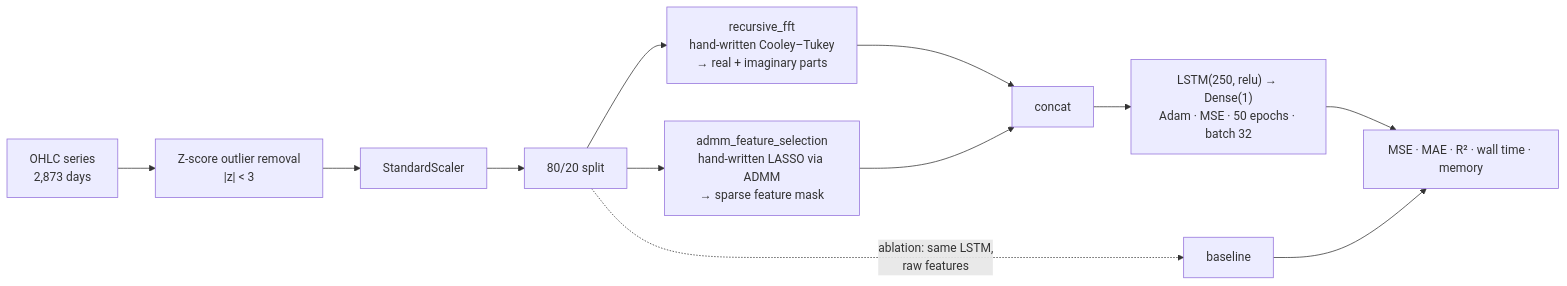
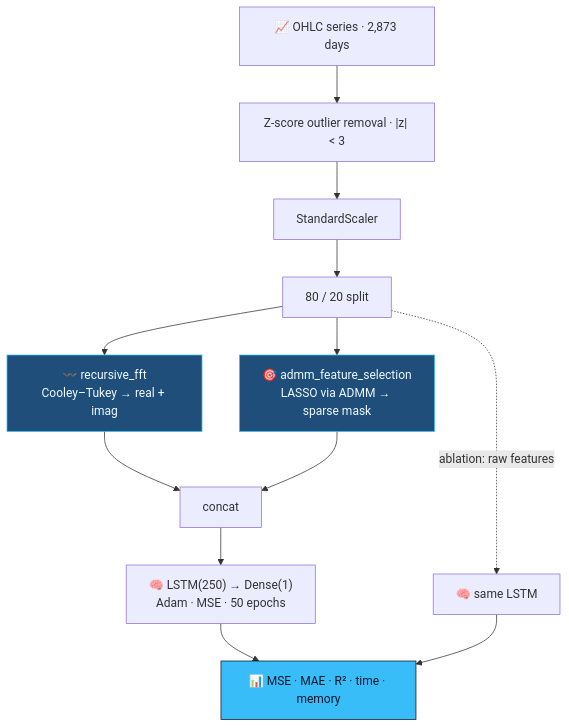
One commit to Vishal-AS-0407/portfolio changed the diagram in gh-readmes/Hybrid-Time-Series-FrameWork/README.md. Above: the diagram before and after it, drawn with Mermaid. The commit also changed other lines of this file and 62 other files, not shown here.

````diff
--- a/gh-readmes/Hybrid-Time-Series-FrameWork/README.md
+++ b/gh-readmes/Hybrid-Time-Series-FrameWork/README.md
@@ -33,14 +45,17 @@
 ```mermaid
-flowchart LR
-    D["OHLC series<br/>2,873 days"] --> OUT["Z-score outlier removal<br/>|z| < 3"]
+flowchart TD
+    D["📈 OHLC series · 2,873 days"] --> OUT["Z-score outlier removal · |z| < 3"]
     OUT --> SC["StandardScaler"]
-    SC --> SPLIT["80/20 split"]
-    SPLIT --> FFT["recursive_fft<br/>hand-written Cooley–Tukey<br/>→ real + imaginary parts"]
-    SPLIT --> ADMM["admm_feature_selection<br/>hand-written LASSO via ADMM<br/>→ sparse feature mask"]
+    SC --> SPLIT["80 / 20 split"]
+    SPLIT --> FFT["〰️ recursive_fft<br/>Cooley–Tukey → real + imag"]
+    SPLIT --> ADMM["🎯 admm_feature_selection<br/>LASSO via ADMM → sparse mask"]
     FFT --> CAT["concat"]
     ADMM --> CAT
-    CAT --> LSTM["LSTM(250, relu) → Dense(1)<br/>Adam · MSE · 50 epochs · batch 32"]
-    LSTM --> EV["MSE · MAE · R² · wall time · memory"]
-    SPLIT -.->|"ablation: same LSTM,<br/>raw features"| BASE["baseline"]
+    CAT --> LSTM["🧠 LSTM(250) → Dense(1)<br/>Adam · MSE · 50 epochs"]
+    SPLIT -.->|"ablation: raw features"| BASE["🧠 same LSTM"]
+    LSTM --> EV["📊 MSE · MAE · R² · time · memory"]
     BASE --> EV
+    style FFT fill:#1E4E79,stroke:#38BDF8,color:#F0F9FF
+    style ADMM fill:#1E4E79,stroke:#38BDF8,color:#F0F9FF
+    style EV fill:#38BDF8,stroke:#0F172A,color:#0F172A
 ```
````
